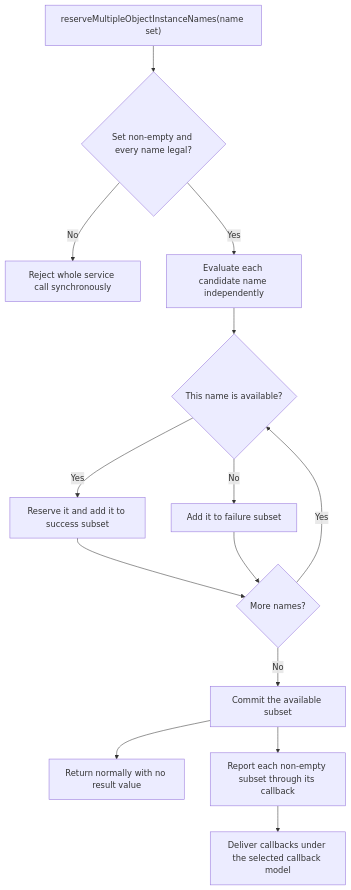
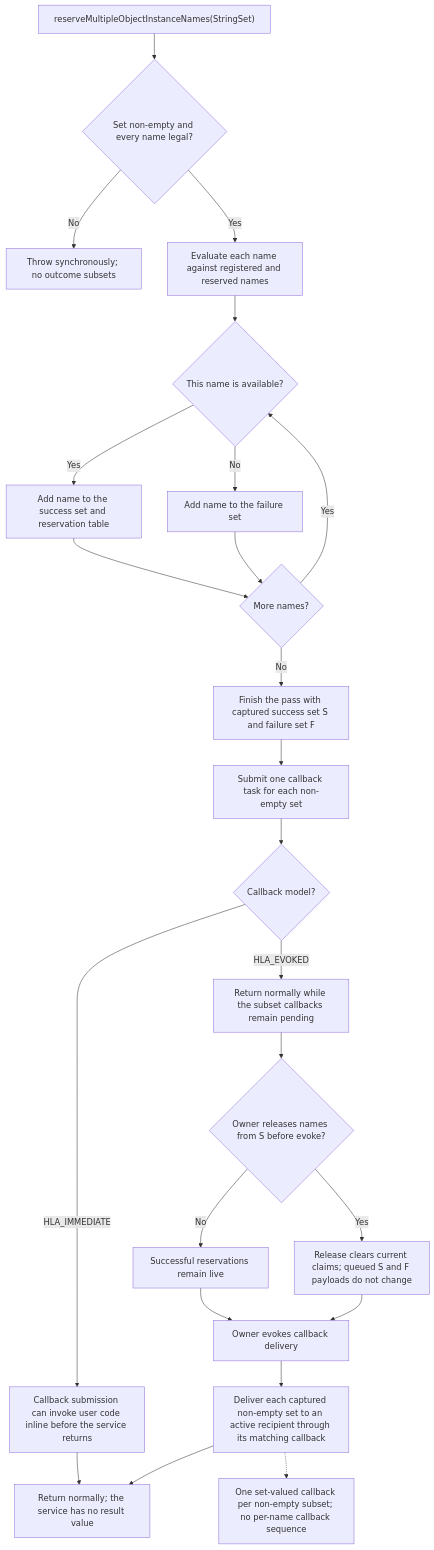
The third of 9 diagrams in docs/design/HLA-2025-OBJECT-INSTANCE-NAME-RESERVATION-FLOW-GUIDE.md (sheepfling/umbra), drawn with Mermaid before and after one commit. The commit also changed other lines of this file and 39 other files, not shown here.

Commit message:
Document IEEE 1516.1-2025 behavior flows

````diff
--- a/docs/design/HLA-2025-OBJECT-INSTANCE-NAME-RESERVATION-FLOW-GUIDE.md
+++ b/docs/design/HLA-2025-OBJECT-INSTANCE-NAME-RESERVATION-FLOW-GUIDE.md
@@ -148,16 +199,26 @@
 ```mermaid
 flowchart TD
-  A["reserveMultipleObjectInstanceNames(name set)"] --> B{Set non-empty and every name legal?}
-  B -->|No| X[Reject whole service call synchronously]
-  B -->|Yes| C[Evaluate each candidate name independently]
+  A["reserveMultipleObjectInstanceNames(StringSet)"] --> B{Set non-empty and every name legal?}
+  B -->|No| X[Throw synchronously; no outcome subsets]
+  B -->|Yes| C[Evaluate each name against registered and reserved names]
   C --> D{This name is available?}
-  D -->|Yes| E[Reserve it and add it to success subset]
-  D -->|No| F[Add it to failure subset]
+  D -->|Yes| E[Add name to the success set and reservation table]
+  D -->|No| F[Add name to the failure set]
   E --> G{More names?}
   F --> G
   G -->|Yes| D
-  G -->|No| H[Commit the available subset]
-  H --> I[Return normally with no result value]
-  H --> J[Report each non-empty subset through its callback]
-  J --> K[Deliver callbacks under the selected callback model]
+  G -->|No| H[Finish the pass with captured success set S and failure set F]
+  H --> I[Submit one callback task for each non-empty set]
+  I --> J{Callback model?}
+  J -->|HLA_IMMEDIATE| K[Callback submission can invoke user code inline before the service returns]
+  K --> R[Return normally; the service has no result value]
+  J -->|HLA_EVOKED| L[Return normally while the subset callbacks remain pending]
+  L --> M{Owner releases names from S before evoke?}
+  M -->|No| N[Successful reservations remain live]
+  M -->|Yes| O[Release clears current claims; queued S and F payloads do not change]
+  N --> P[Owner evokes callback delivery]
+  O --> P
+  P --> Q[Deliver each captured non-empty set to an active recipient through its matching callback]
+  Q --> R
+  Q -.-> T[One set-valued callback per non-empty subset; no per-name callback sequence]
 ```
````
